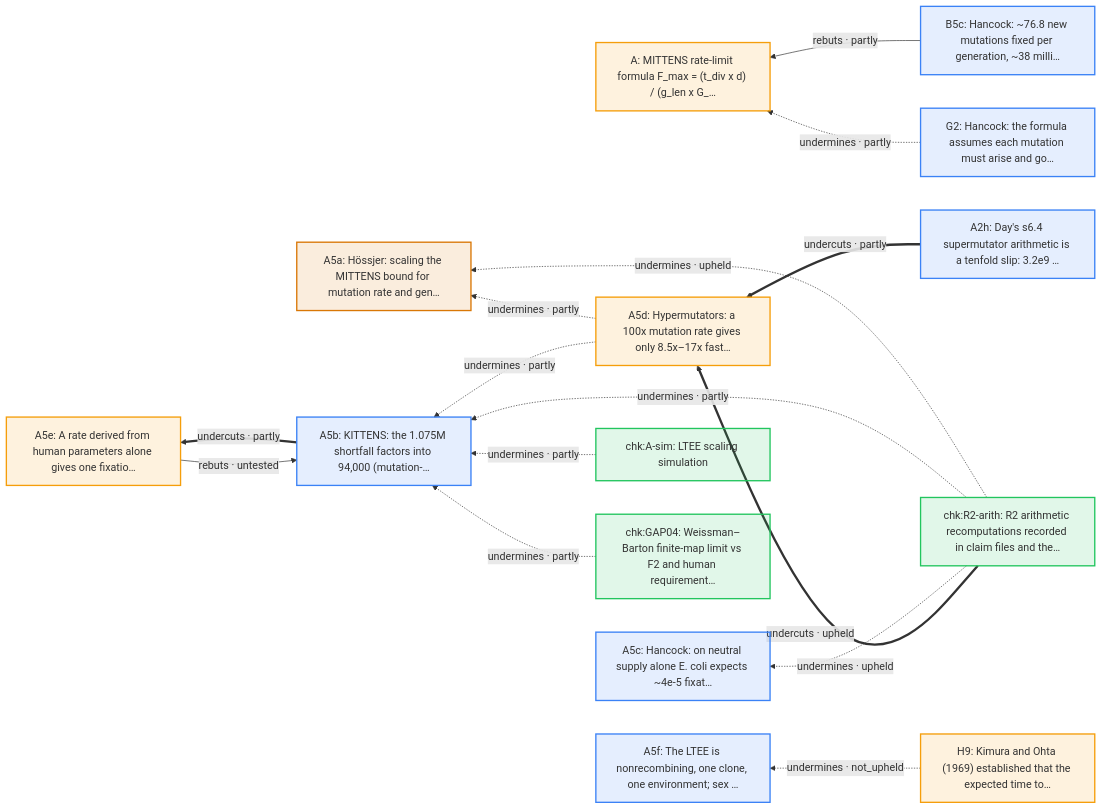
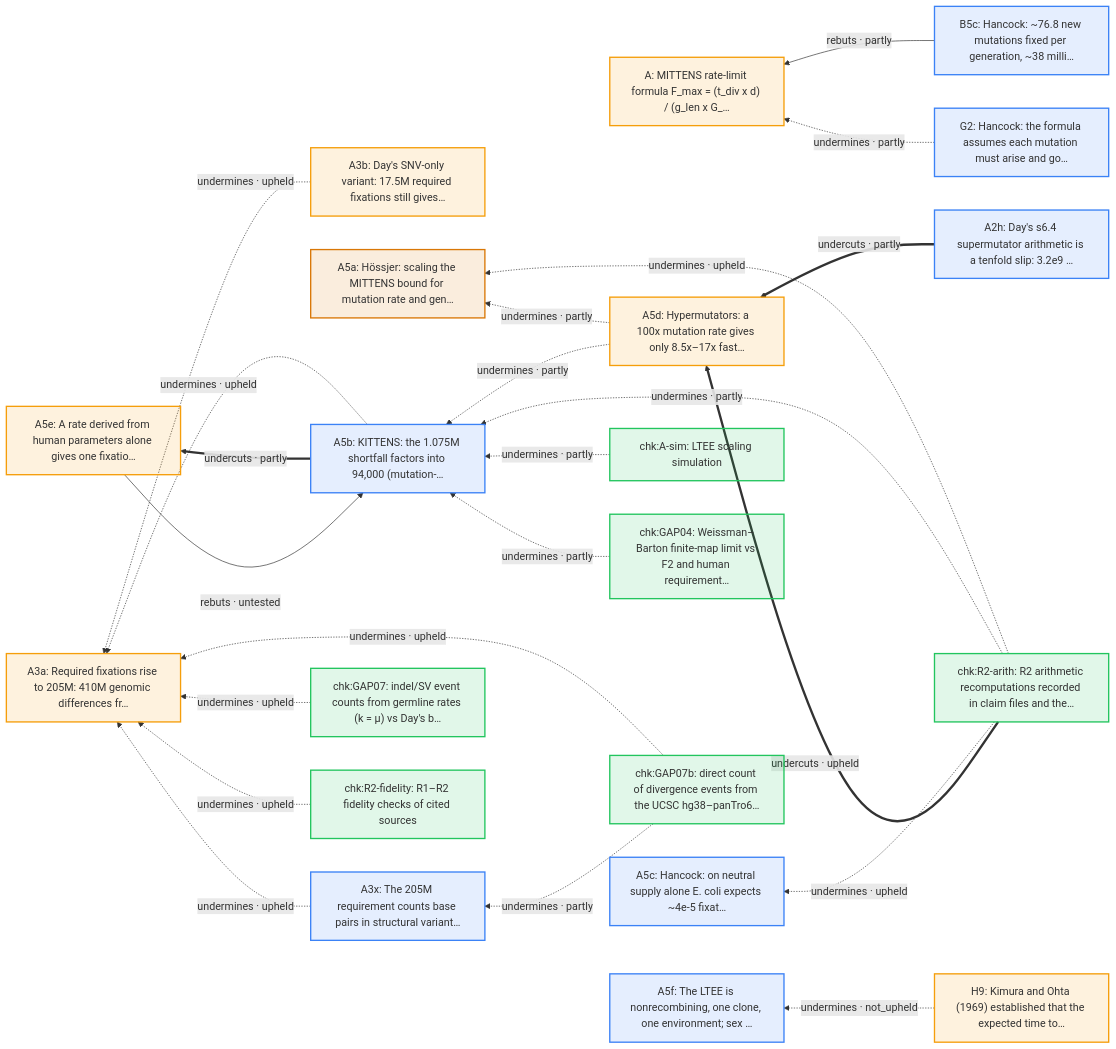
One commit to nickallevato/evo-sim changed the second of 16 diagrams in docs/arguments/defeaters.md. Above: the diagram before and after it, drawn with Mermaid. The commit also changed other lines of this file and 36 other files, not shown here.

````diff
--- a/docs/arguments/defeaters.md
+++ b/docs/arguments/defeaters.md
@@ -85,36 +77,49 @@
 ```mermaid
 flowchart RL
   classDef day fill:#f59e0b22,stroke:#f59e0b,stroke-width:2px
   classDef ally fill:#d9770622,stroke:#d97706,stroke-width:2px
   classDef critic fill:#3b82f622,stroke:#3b82f6,stroke-width:2px
   classDef literature fill:#a3a3a322,stroke:#a3a3a3,stroke-width:2px
   classDef audit fill:#22c55e22,stroke:#22c55e,stroke-width:2px
   A["A: MITTENS rate-limit formula F_max = (t_div x d) / (g_len x G_…"]:::day
   A2h["A2h: Day's s6.4 supermutator arithmetic is a tenfold slip: 3.2e9 …"]:::critic
+  A3a["A3a: Required fixations rise to 205M: 410M genomic differences fr…"]:::day
+  A3b["A3b: Day's SNV-only variant: 17.5M required fixations still gives…"]:::day
+  A3x["A3x: The 205M requirement counts base pairs in structural variant…"]:::critic
   A5a["A5a: Hössjer: scaling the MITTENS bound for mutation rate and gen…"]:::ally
   A5b["A5b: KITTENS: the 1.075M shortfall factors into 94,000 (mutation-…"]:::critic
   A5c["A5c: Hancock: on neutral supply alone E. coli expects ~4e-5 fixat…"]:::critic
   A5d["A5d: Hypermutators: a 100x mutation rate gives only 8.5x–17x fast…"]:::day
   A5e["A5e: A rate derived from human parameters alone gives one fixatio…"]:::day
   A5f["A5f: The LTEE is nonrecombining, one clone, one environment; sex …"]:::critic
   B5c["B5c: Hancock: ~76.8 new mutations fixed per generation, ~38 milli…"]:::critic
   G2["G2: Hancock: the formula assumes each mutation must arise and go…"]:::critic
   H9["H9: Kimura and Ohta (1969) established that the expected time to…"]:::day
   chk_A_sim["chk:A-sim: LTEE scaling simulation"]:::audit
   chk_GAP04["chk:GAP04: Weissman–Barton finite-map limit vs F2 and human requirement…"]:::audit
+  chk_GAP07["chk:GAP07: indel/SV event counts from germline rates (k = μ) vs Day's b…"]:::audit
+  chk_GAP07b["chk:GAP07b: direct count of divergence events from the UCSC hg38–panTro6…"]:::audit
   chk_R2_arith["chk:R2-arith: R2 arithmetic recomputations recorded in claim files and the…"]:::audit
+  chk_R2_fidelity["chk:R2-fidelity: R1–R2 fidelity checks of cited sources"]:::audit
+  A3x -.->|"undermines · upheld"| A3a
+  A5b -.->|"undermines · upheld"| A3a
+  chk_R2_fidelity -.->|"undermines · upheld"| A3a
+  A3b -.->|"undermines · upheld"| A3a
+  chk_GAP07 -.->|"undermines · upheld"| A3a
+  chk_GAP07b -.->|"undermines · upheld"| A3a
+  chk_GAP07b -.->|"undermines · partly"| A3x
   A5d -.->|"undermines · partly"| A5a
   chk_R2_arith -.->|"undermines · upheld"| A5a
   A5d -.->|"undermines · partly"| A5b
   A5e -->|"rebuts · untested"| A5b
   chk_A_sim -.->|"undermines · partly"| A5b
   chk_R2_arith -.->|"undermines · partly"| A5b
   chk_GAP04 -.->|"undermines · partly"| A5b
   chk_R2_arith -.->|"undermines · upheld"| A5c
   A2h ==>|"undercuts · partly"| A5d
   chk_R2_arith ==>|"undercuts · upheld"| A5d
   A5b ==>|"undercuts · partly"| A5e
   H9 -.->|"undermines · not_upheld"| A5f
   B5c -->|"rebuts · partly"| A
   G2 -.->|"undermines · partly"| A
 ```
````
